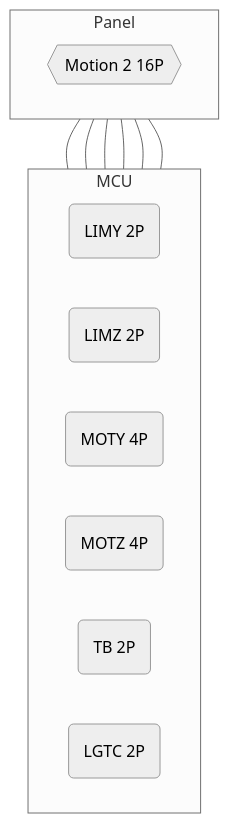
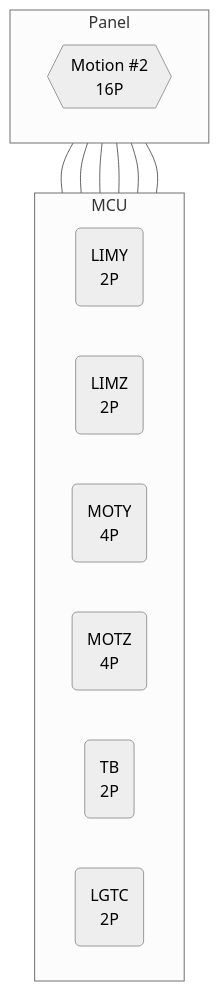
One commit to jon-harper/clockmaker-project changed the second of 4 diagrams in docs/wiring/multi2.md. Above: the diagram before and after it, drawn with Mermaid (neutral theme). The commit also changed other lines of this file, not shown here.

````diff
--- a/docs/wiring/multi2.md
+++ b/docs/wiring/multi2.md
@@ -51,22 +51,22 @@
 ```mermaid
 flowchart BT
     subgraph Panel
         direction LR
-        Y{{"Motion 2 16P"}}
+        Y{{"Motion #2\n16P"}}
     end
     subgraph MCU
         direction LR
-        LIMY("LIMY 2P")
-        LIMZ("LIMZ 2P")
-        MOTY("MOTY 4P")
-        MOTZ("MOTZ 4P")
-        TB("TB 2P")
-        LGTC("LGTC 2P")
+        LIMY("LIMY\n2P")
+        LIMZ("LIMZ\n2P")
+        MOTY("MOTY\n4P")
+        MOTZ("MOTZ\n4P")
+        TB("TB\n2P")
+        LGTC("LGTC\n2P")
     end
     TB --- Y
     LIMY --- Y
     LIMZ --- Y
     MOTY --- Y
     MOTZ --- Y
     LGTC --- Y
 ```
````
